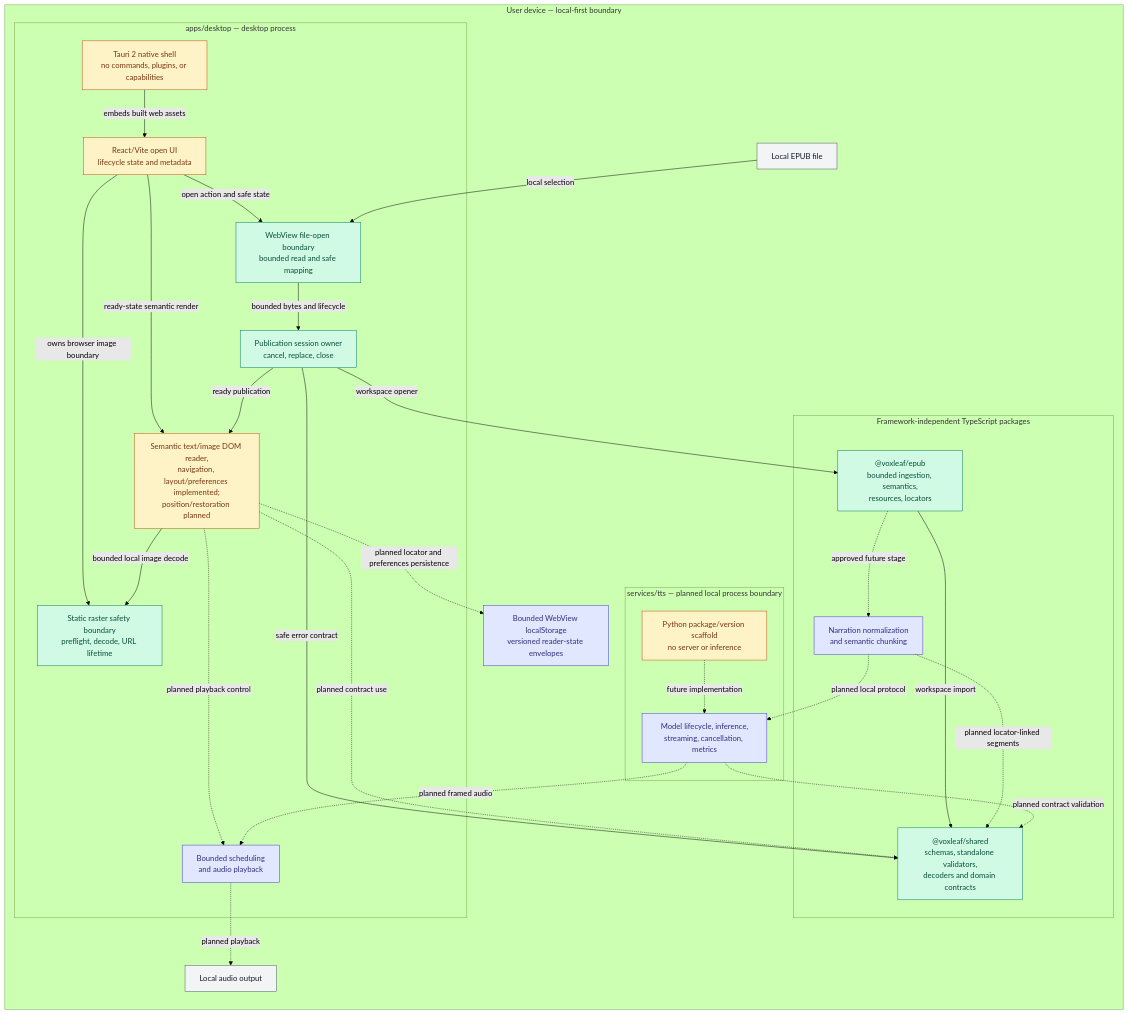
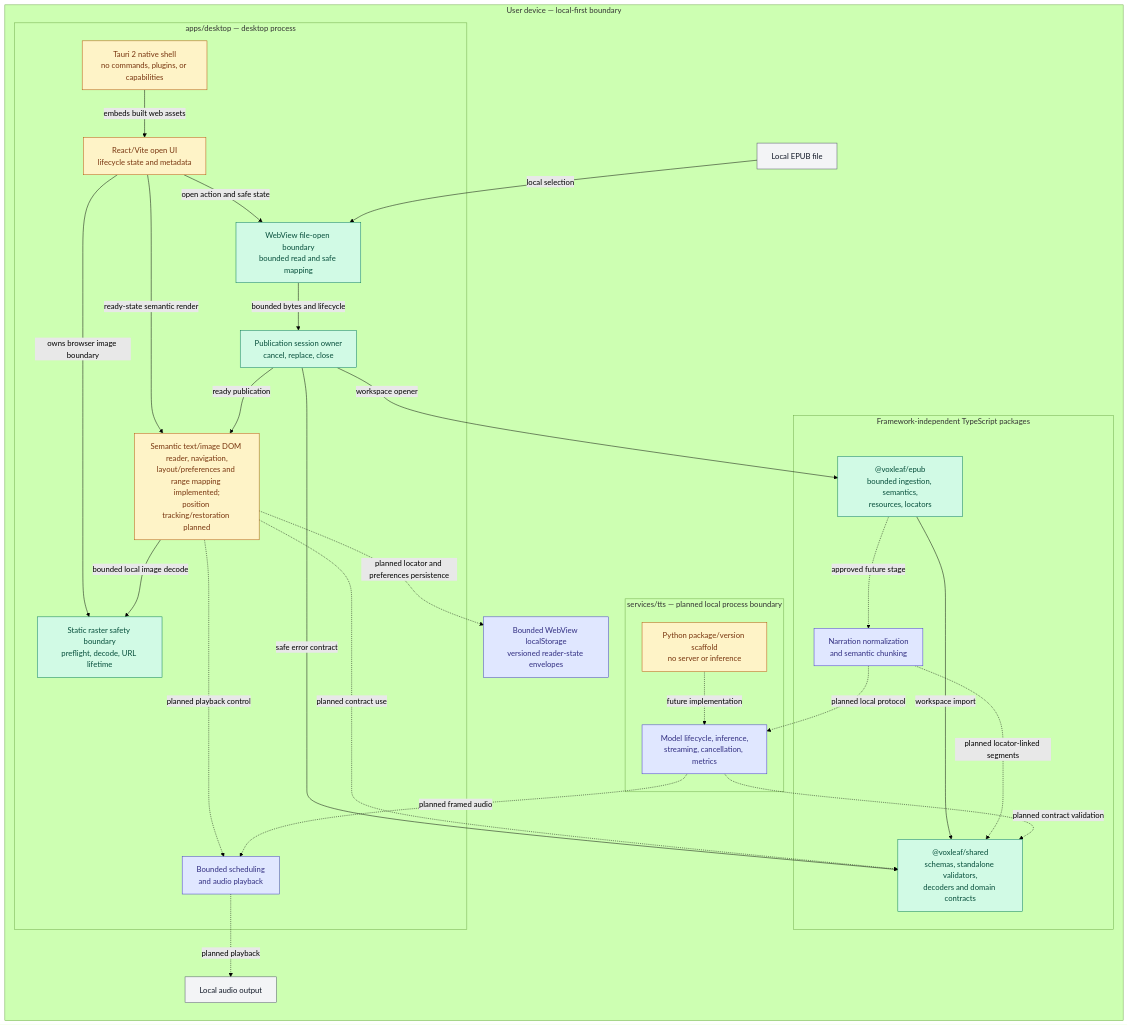
The first of 2 diagrams in docs/architecture/system-diagram.md (mmjosedaniel/voxleaf), drawn with Mermaid (forest theme) before and after one commit. The commit also changed other lines of this file and 7 other files, not shown here.

Commit message:
Implement semantic DOM range mapping (#63)

````diff
--- a/docs/architecture/system-diagram.md
+++ b/docs/architecture/system-diagram.md
@@ -24,56 +24,56 @@
 ```mermaid
 flowchart LR
   classDef implemented fill:#d1fae5,stroke:#047857,color:#064e3b
   classDef partial fill:#fef3c7,stroke:#b45309,color:#78350f
   classDef planned fill:#e0e7ff,stroke:#4338ca,color:#312e81
   classDef external fill:#f3f4f6,stroke:#4b5563,color:#111827
 
   subgraph device["User device — local-first boundary"]
     epubFile["Local EPUB file"]:::external
     audioDevice["Local audio output"]:::external
     readingStore["Bounded WebView localStorage<br/>versioned reader-state envelopes"]:::planned
 
     subgraph desktop["apps/desktop — desktop process"]
       nativeShell["Tauri 2 native shell<br/>no commands, plugins, or capabilities"]:::partial
       webShell["React/Vite open UI<br/>lifecycle state and metadata"]:::partial
       fileBoundary["WebView file-open boundary<br/>bounded read and safe mapping"]:::implemented
       rasterBoundary["Static raster safety boundary<br/>preflight, decode, URL lifetime"]:::implemented
       publicationSession["Publication session owner<br/>cancel, replace, close"]:::implemented
-      reader["Semantic text/image DOM reader,<br/>navigation, layout/preferences implemented;<br/>position/restoration planned"]:::partial
+      reader["Semantic text/image DOM reader, navigation,<br/>layout/preferences and range mapping implemented;<br/>position tracking/restoration planned"]:::partial
       player["Bounded scheduling<br/>and audio playback"]:::planned
       nativeShell -->|embeds built web assets| webShell
       webShell -->|open action and safe state| fileBoundary
       webShell -->|owns browser image boundary| rasterBoundary
       webShell -->|ready-state semantic render| reader
       fileBoundary -->|bounded bytes and lifecycle| publicationSession
       publicationSession -->|ready publication| reader
       reader -->|bounded local image decode| rasterBoundary
       reader -. planned playback control .-> player
     end
 
     subgraph libraries["Framework-independent TypeScript packages"]
       shared["@voxleaf/shared<br/>schemas, standalone validators,<br/>decoders and domain contracts"]:::implemented
       epub["@voxleaf/epub<br/>bounded ingestion, semantics,<br/>resources, locators"]:::implemented
       narration["Narration normalization<br/>and semantic chunking"]:::planned
       epub -->|workspace import| shared
       epub -. approved future stage .-> narration
     end
 
     subgraph tts["services/tts — planned local process boundary"]
       ttsFoundation["Python package/version scaffold<br/>no server or inference"]:::partial
       ttsRuntime["Model lifecycle, inference,<br/>streaming, cancellation, metrics"]:::planned
       ttsFoundation -. future implementation .-> ttsRuntime
     end
   end
 
   epubFile -->|local selection| fileBoundary
   publicationSession -->|workspace opener| epub
   publicationSession -->|safe error contract| shared
   reader -. planned contract use .-> shared
   reader -. planned locator and preferences persistence .-> readingStore
   narration -. planned locator-linked segments .-> shared
   narration -. planned local protocol .-> ttsRuntime
   ttsRuntime -. planned contract validation .-> shared
   ttsRuntime -. planned framed audio .-> player
   player -. planned playback .-> audioDevice
 ```
````
